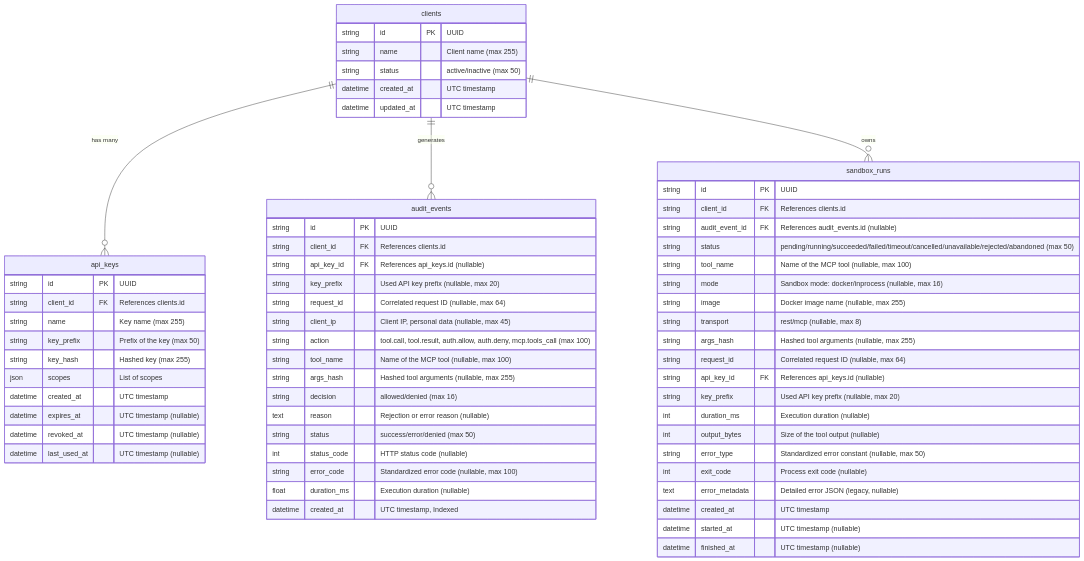
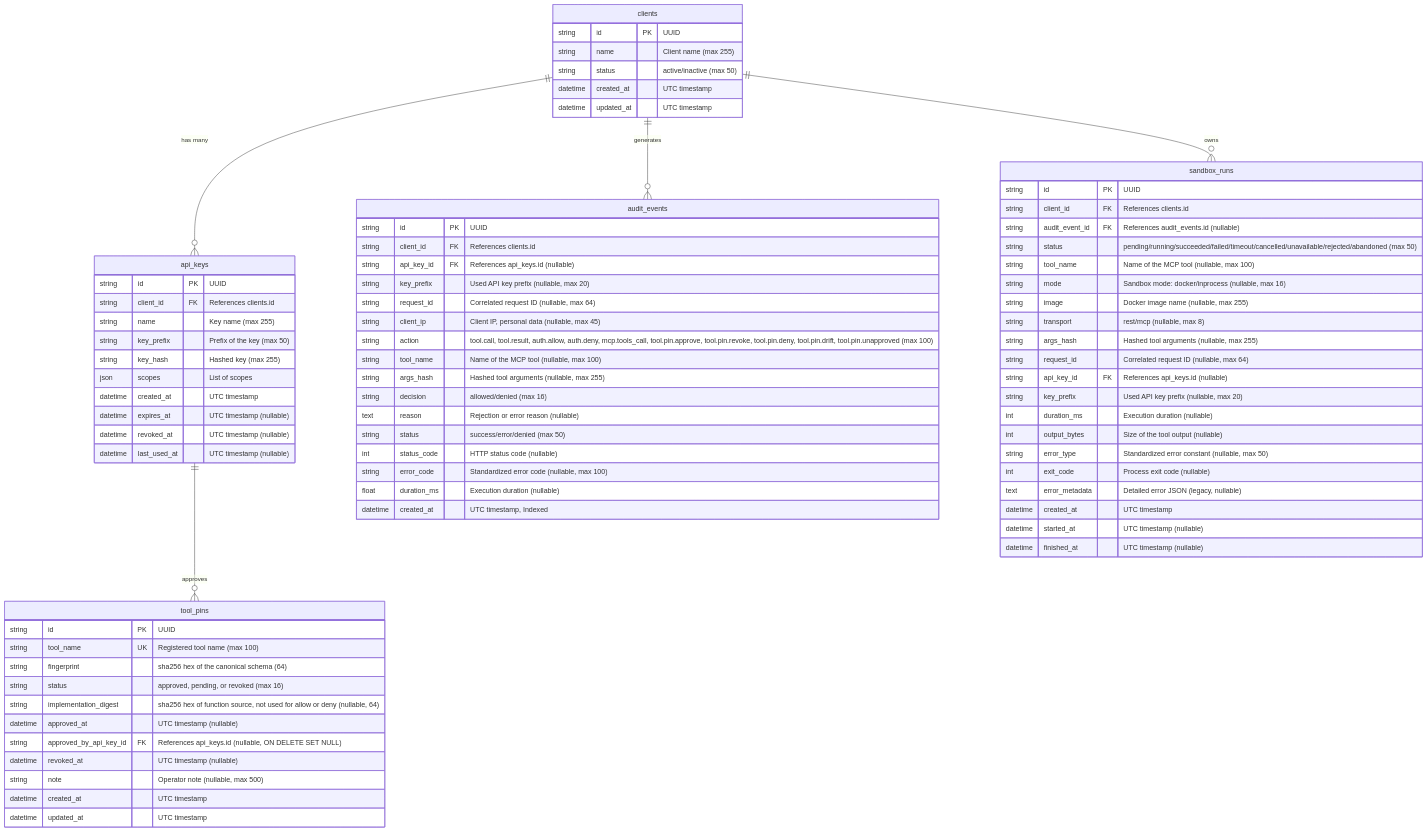
The diagram in docs/DATA_MODEL.md (aneek22112007-tech/mcp-a2a-secure), drawn with Mermaid before and after one commit. The commit also changed other lines of this file and 4 other files, not shown here.

First line of the commit message:
docs: document tool schema pinning

````diff
--- a/docs/DATA_MODEL.md
+++ b/docs/DATA_MODEL.md
@@ -9,6 +9,7 @@
     clients ||--o{ api_keys : "has many"
     clients ||--o{ audit_events : "generates"
     clients ||--o{ sandbox_runs : "owns"
+    api_keys ||--o{ tool_pins : "approves"
     
     clients {
         string id PK "UUID"
@@ -38,7 +39,7 @@
         string key_prefix "Used API key prefix (nullable, max 20)"
         string request_id "Correlated request ID (nullable, max 64)"
         string client_ip "Client IP, personal data (nullable, max 45)"
-        string action "tool.call, tool.result, auth.allow, auth.deny, mcp.tools_call (max 100)"
+        string action "tool.call, tool.result, auth.allow, auth.deny, mcp.tools_call, tool.pin.approve, tool.pin.revoke, tool.pin.deny, tool.pin.drift, tool.pin.unapproved (max 100)"
         string tool_name "Name of the MCP tool (nullable, max 100)"
         string args_hash "Hashed tool arguments (nullable, max 255)"
         string decision "allowed/denied (max 16)"
@@ -72,4 +73,18 @@
         datetime started_at "UTC timestamp (nullable)"
         datetime finished_at "UTC timestamp (nullable)"
     }
+
+    tool_pins {
+        string id PK "UUID"
+        string tool_name UK "Registered tool name (max 100)"
+        string fingerprint "sha256 hex of the canonical schema (64)"
+        string status "approved, pending, or revoked (max 16)"
+        string implementation_digest "sha256 hex of function source, not used for allow or deny (nullable, 64)"
+        datetime approved_at "UTC timestamp (nullable)"
+        string approved_by_api_key_id FK "References api_keys.id (nullable, ON DELETE SET NULL)"
+        datetime revoked_at "UTC timestamp (nullable)"
+        string note "Operator note (nullable, max 500)"
+        datetime created_at "UTC timestamp"
+        datetime updated_at "UTC timestamp"
+    }
 ```
````
